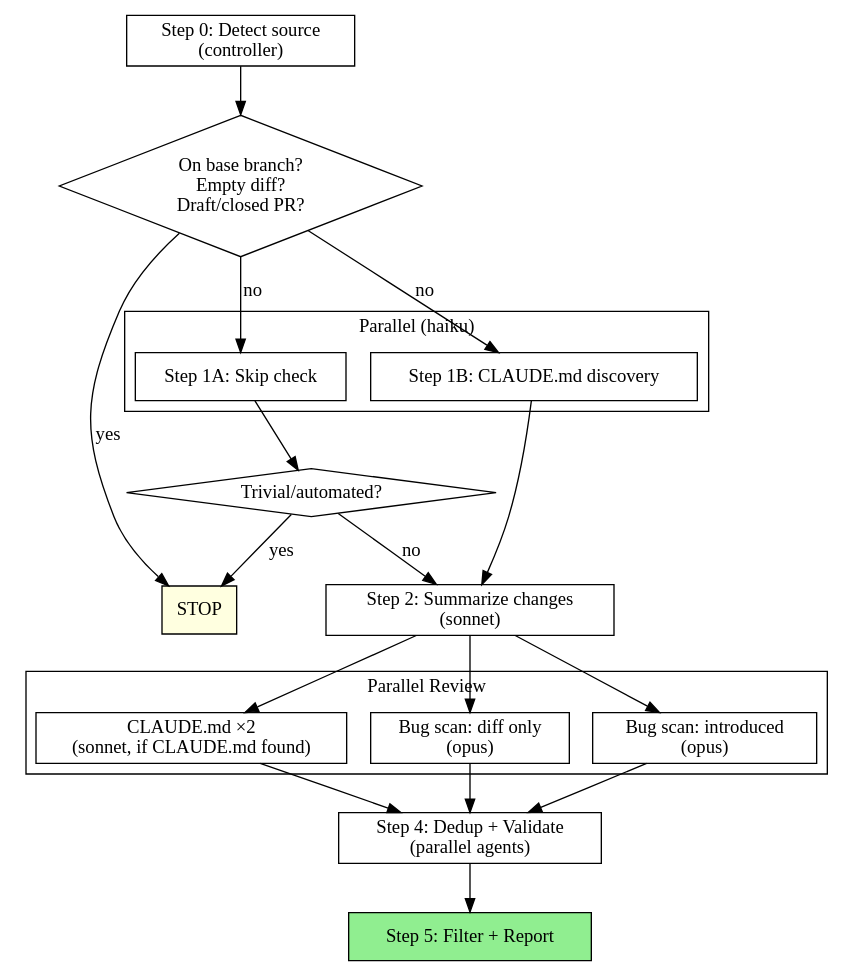
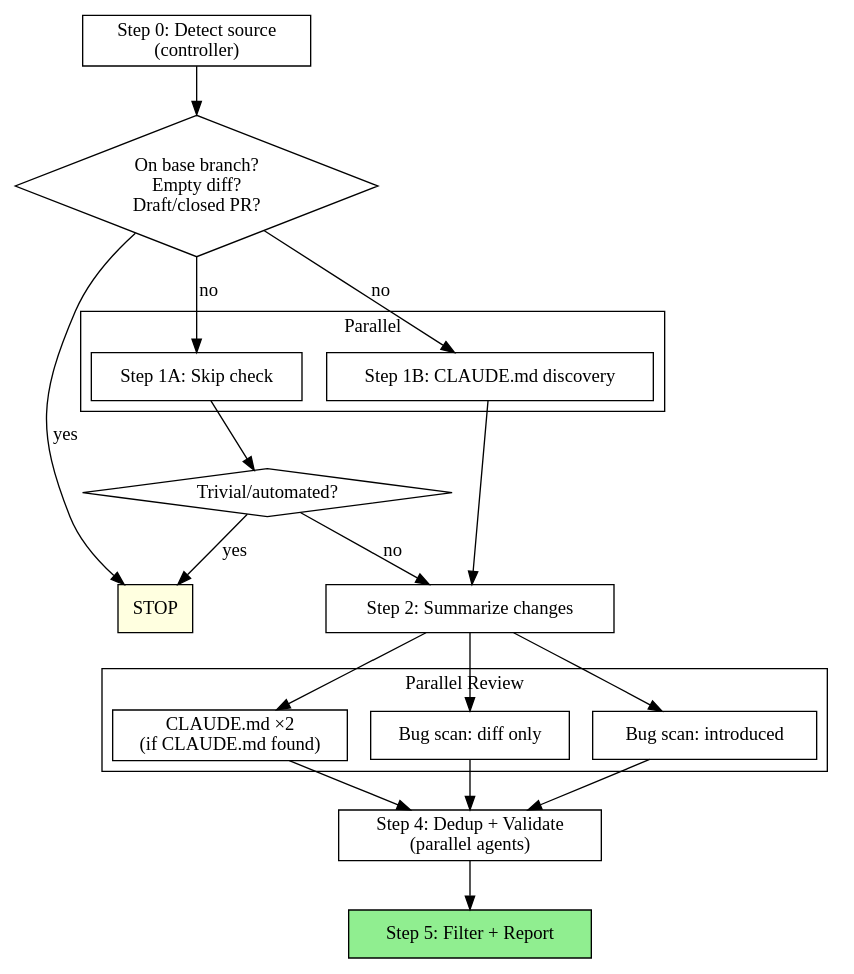
Before and after one commit to Dethon/ai-dev-flow: the diagram in skills/reviewing-code/SKILL.md, drawn with Graphviz. The commit also changed other lines of this file and 2 other files, not shown here.

Commit message:
Bump plugin version to 1.0.6 and update skill documentation for clarity and consistency

````diff
--- a/skills/reviewing-code/SKILL.md
+++ b/skills/reviewing-code/SKILL.md
@@ -28,45 +28,45 @@
 ```dot
 digraph process {
     rankdir=TB;
 
     "Step 0: Detect source\n(controller)" [shape=box];
     "On base branch?\nEmpty diff?\nDraft/closed PR?" [shape=diamond];
     "STOP" [shape=box, style=filled, fillcolor=lightyellow];
 
     subgraph cluster_parallel_1 {
-        label="Parallel (haiku)";
+        label="Parallel";
         "Step 1A: Skip check" [shape=box];
         "Step 1B: CLAUDE.md discovery" [shape=box];
     }
 
     "Trivial/automated?" [shape=diamond];
 
-    "Step 2: Summarize changes\n(sonnet)" [shape=box];
+    "Step 2: Summarize changes" [shape=box];
 
     subgraph cluster_parallel_2 {
         label="Parallel Review";
-        "CLAUDE.md ×2\n(sonnet, if CLAUDE.md found)" [shape=box];
-        "Bug scan: diff only\n(opus)" [shape=box];
-        "Bug scan: introduced\n(opus)" [shape=box];
+        "CLAUDE.md ×2\n(if CLAUDE.md found)" [shape=box];
+        "Bug scan: diff only" [shape=box];
+        "Bug scan: introduced" [shape=box];
     }
 
     "Step 4: Dedup + Validate\n(parallel agents)" [shape=box];
     "Step 5: Filter + Report" [shape=box, style=filled, fillcolor=lightgreen];
 
     "Step 0: Detect source\n(controller)" -> "On base branch?\nEmpty diff?\nDraft/closed PR?";
     "On base branch?\nEmpty diff?\nDraft/closed PR?" -> "STOP" [label="yes"];
     "On base branch?\nEmpty diff?\nDraft/closed PR?" -> "Step 1A: Skip check" [label="no"];
     "On base branch?\nEmpty diff?\nDraft/closed PR?" -> "Step 1B: CLAUDE.md discovery" [label="no"];
     "Step 1A: Skip check" -> "Trivial/automated?";
     "Trivial/automated?" -> "STOP" [label="yes"];
-    "Trivial/automated?" -> "Step 2: Summarize changes\n(sonnet)" [label="no"];
-    "Step 1B: CLAUDE.md discovery" -> "Step 2: Summarize changes\n(sonnet)";
-    "Step 2: Summarize changes\n(sonnet)" -> "CLAUDE.md ×2\n(sonnet, if CLAUDE.md found)";
-    "Step 2: Summarize changes\n(sonnet)" -> "Bug scan: diff only\n(opus)";
-    "Step 2: Summarize changes\n(sonnet)" -> "Bug scan: introduced\n(opus)";
-    "CLAUDE.md ×2\n(sonnet, if CLAUDE.md found)" -> "Step 4: Dedup + Validate\n(parallel agents)";
-    "Bug scan: diff only\n(opus)" -> "Step 4: Dedup + Validate\n(parallel agents)";
-    "Bug scan: introduced\n(opus)" -> "Step 4: Dedup + Validate\n(parallel agents)";
+    "Trivial/automated?" -> "Step 2: Summarize changes" [label="no"];
+    "Step 1B: CLAUDE.md discovery" -> "Step 2: Summarize changes";
+    "Step 2: Summarize changes" -> "CLAUDE.md ×2\n(if CLAUDE.md found)";
+    "Step 2: Summarize changes" -> "Bug scan: diff only";
+    "Step 2: Summarize changes" -> "Bug scan: introduced";
+    "CLAUDE.md ×2\n(if CLAUDE.md found)" -> "Step 4: Dedup + Validate\n(parallel agents)";
+    "Bug scan: diff only" -> "Step 4: Dedup + Validate\n(parallel agents)";
+    "Bug scan: introduced" -> "Step 4: Dedup + Validate\n(parallel agents)";
     "Step 4: Dedup + Validate\n(parallel agents)" -> "Step 5: Filter + Report";
 }
 ```
````
